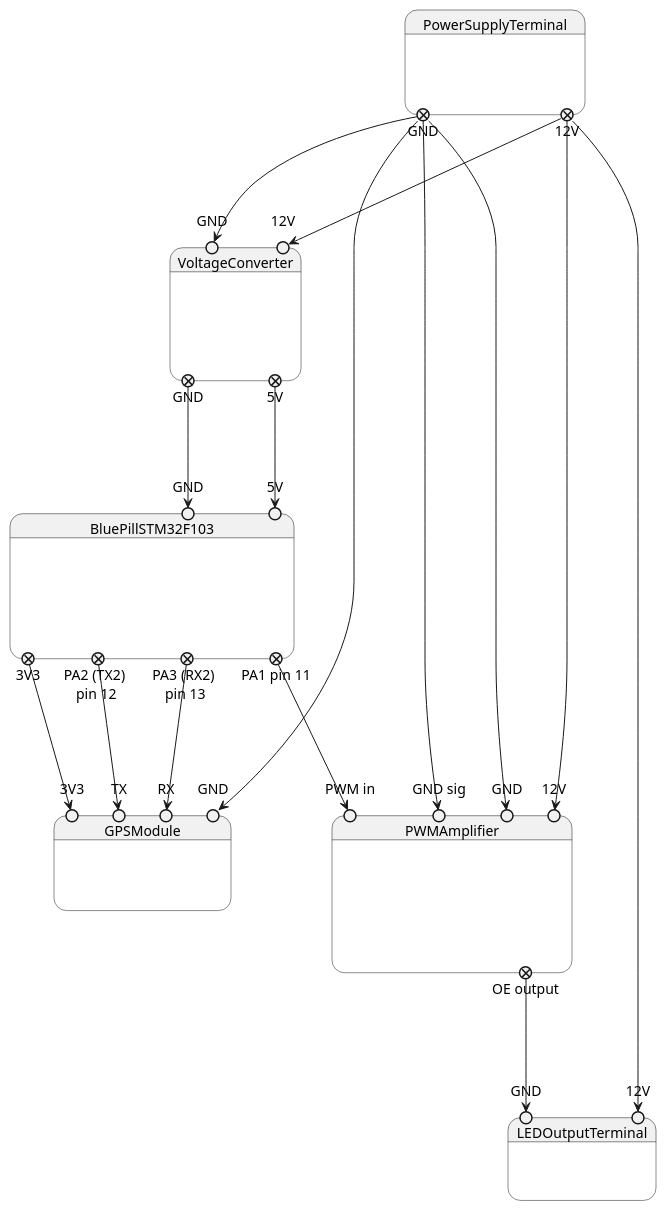
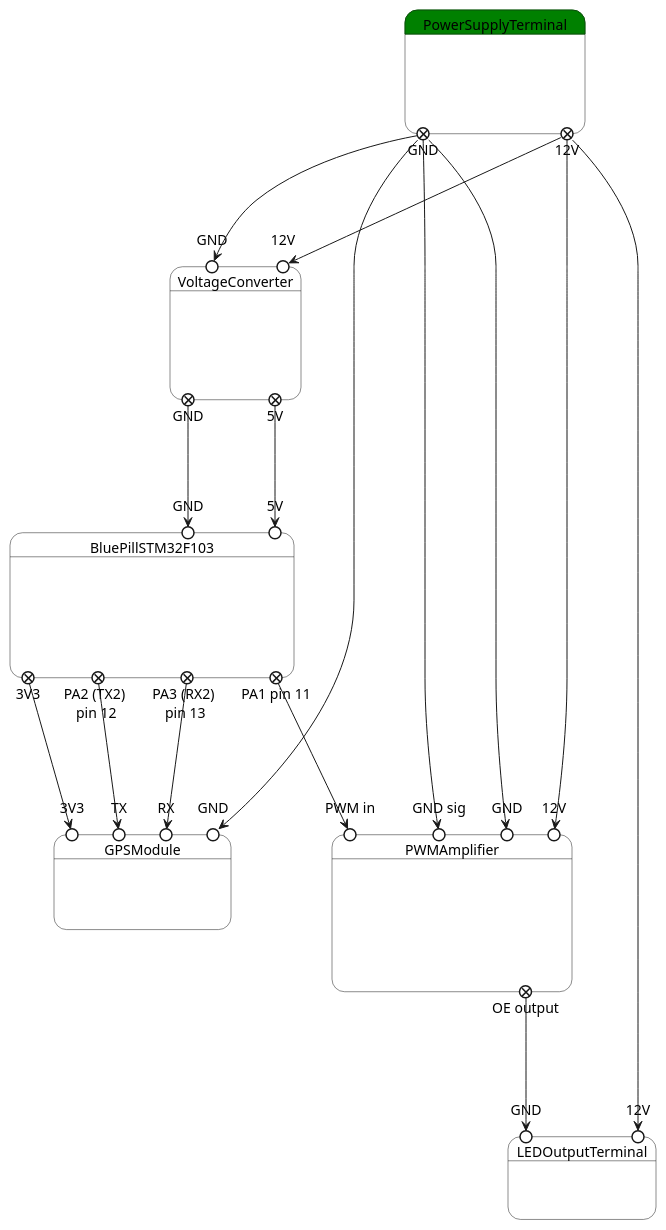
One commit to Jblew/ingarden changed the diagram in circuit/circuit.plantuml. Above: the diagram before and after it, drawn with PlantUML. The commit also changed 3 other files, not shown here.

```diff
--- a/circuit/circuit.plantuml
+++ b/circuit/circuit.plantuml
@@ -1,63 +1,68 @@
 @startuml circuit
 
-state PowerSupplyTerminal {
+skinparam state {
+  BackgroundColor white
+  BackgroundColor<<done>> green
+}
+
+state PowerSupplyTerminal <<done>> {
   state "GND" as psOutGND <<exitPoint>>
   state "12V" as psOut12V <<exitPoint>>
 }
 
 state VoltageConverter {
   state "GND" as vcInGND <<entryPoint>>
   state "12V" as vcIn12V <<entryPoint>>
   state "GND" as vcOutGND <<exitPoint>>
   state "5V" as vcOut5V <<exitPoint>>
 }
 
 psOutGND ---> vcInGND
 psOut12V ---> vcIn12V
 
 state BluePillSTM32F103 {
   state "GND" as bpInGND <<entryPoint>>
   state "5V" as bpIn5V <<entryPoint>>
   state "3V3" as bpOut3V3 <<exitPoint>>
   state "PA1 pin 11" as bpOutPWM <<exitPoint>>
   state "PA2 (TX2)  \n pin 12  " as bpOutTX <<exitPoint>>
   state "PA3 (RX2)  \n pin 13  " as bpOutRX <<exitPoint>>
 }
 
 vcOutGND ---> bpInGND
 vcOut5V ---> bpIn5V
 
 state GPSModule {
   state "GND" as gmInGND <<entryPoint>>
   state "3V3" as gmIn3V3 <<entryPoint>>
   state "RX" as gmInRX <<entryPoint>>
   state "TX" as gmInTX <<entryPoint>>
 }
 
 psOutGND ---> gmInGND
 bpOut3V3 ---> gmIn3V3
 bpOutTX ---> gmInTX
 bpOutRX ---> gmInRX
 
 state PWMAmplifier {
   state "GND sig" as paInSigGND <<entryPoint>>
   state "GND" as paInGND <<entryPoint>>
   state "12V" as paIn12V <<entryPoint>>
   state "PWM in" as paInPWN <<entryPoint>>
   state "OE output" as paOutOE <<exitPoint>>
 }
 
 psOutGND ---> paInGND
 psOutGND ---> paInSigGND
 psOut12V ---> paIn12V
 bpOutPWM ---> paInPWN
 
 state LEDOutputTerminal {
   state "GND" as lotInGND <<entryPoint>>
   state "12V" as lotIn12V <<entryPoint>>
 }
 
 paOutOE ---> lotInGND
 psOut12V ---> lotIn12V
 
 @enduml
```
